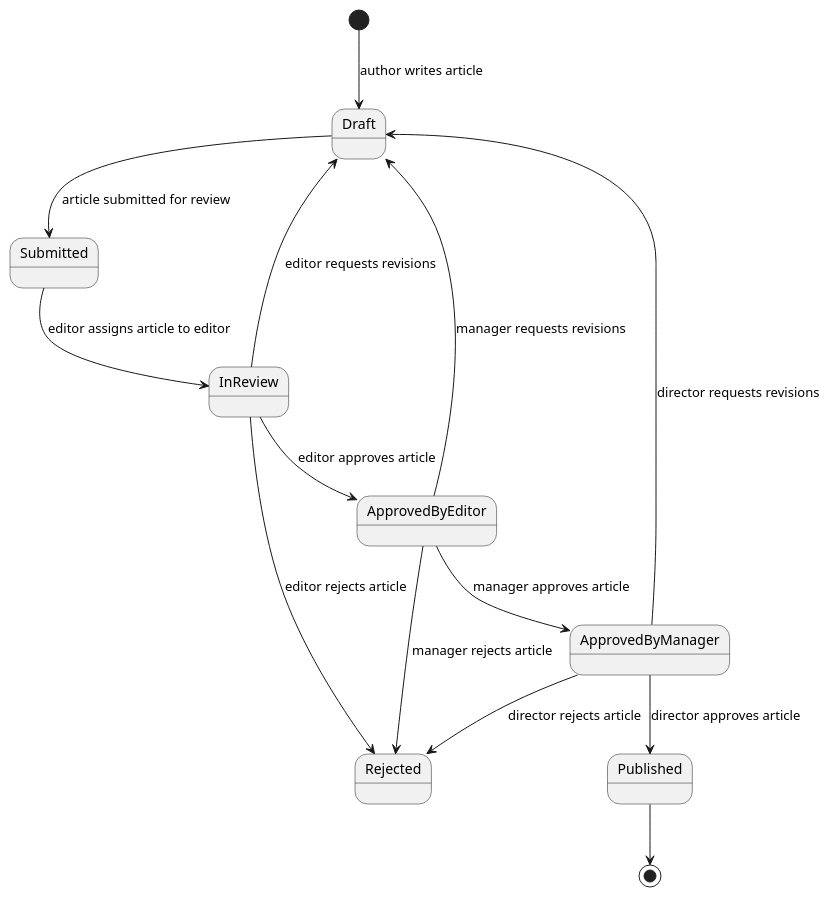
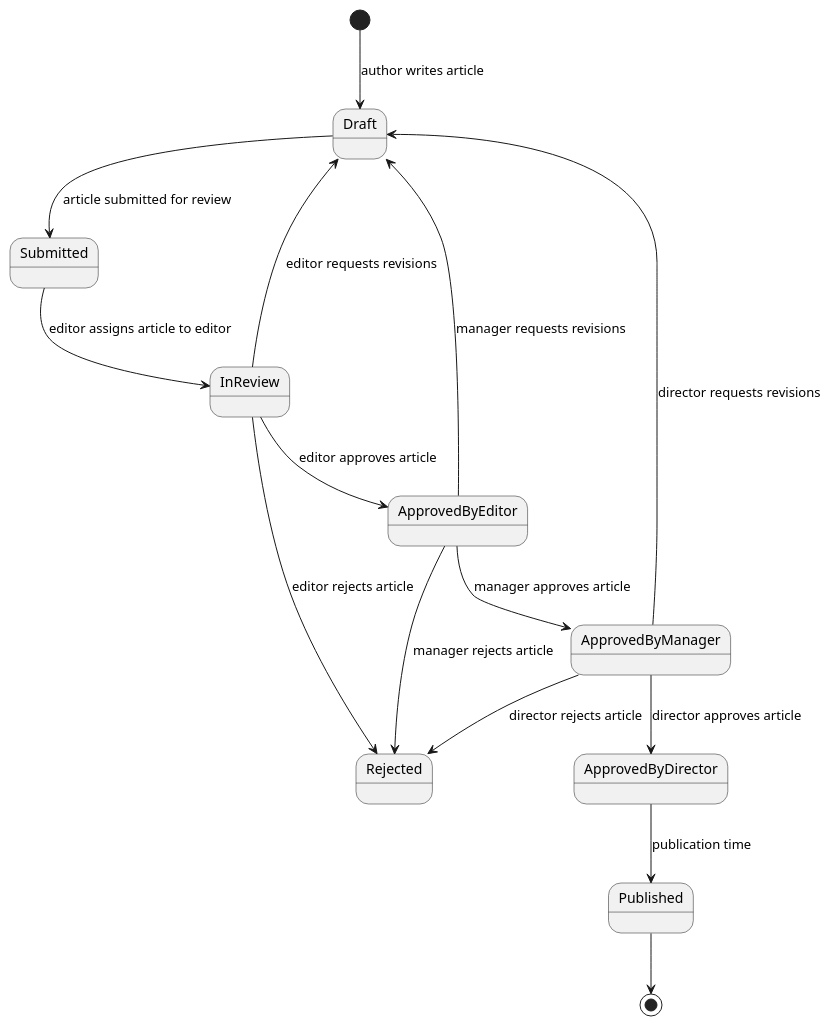
Before and after one commit to bednarikvilem/publishing-house: the diagram in state_diagram_articles.puml, drawn with PlantUML. The commit also changed 2 other files, not shown here.

Commit message:
changes in functional requirements, notes and state diagram

```diff
--- a/state_diagram_articles.puml
+++ b/state_diagram_articles.puml
@@ -1,17 +1,18 @@
 @startuml
 
 [*] --> Draft : author writes article
 Draft --> Submitted : article submitted for review
 Submitted --> InReview : editor assigns article to editor
 InReview --> ApprovedByEditor : editor approves article
 InReview --> Rejected : editor rejects article
 InReview --> Draft : editor requests revisions
 ApprovedByEditor --> ApprovedByManager : manager approves article
 ApprovedByEditor --> Rejected : manager rejects article
 ApprovedByEditor --> Draft : manager requests revisions
-ApprovedByManager --> Published : director approves article
+ApprovedByManager --> ApprovedByDirector : director approves article
 ApprovedByManager --> Rejected : director rejects article
 ApprovedByManager --> Draft : director requests revisions
+ApprovedByDirector --> Published : publication time
 Published --> [*]
 
 @enduml
```
